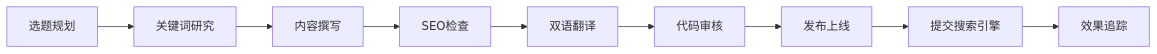
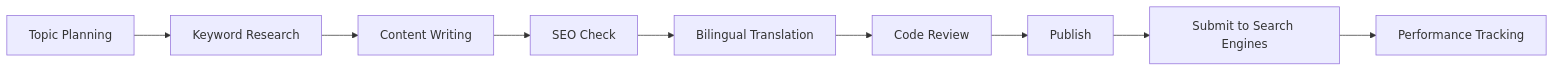
Before and after one commit to liqiujiong/m3u8converter: the diagram in BLOG_GUIDELINES.md, drawn with Mermaid. The commit also changed other lines of this file and 13 other files, not shown here.

````diff
--- a/BLOG_GUIDELINES.md
+++ b/BLOG_GUIDELINES.md
@@ -177,11 +177,11 @@
 ```mermaid
 graph LR
-    A[选题规划] --> B[关键词研究]
-    B --> C[内容撰写]
-    C --> D[SEO检查]
-    D --> E[双语翻译]
-    E --> F[代码审核]
-    F --> G[发布上线]
-    G --> H[提交搜索引擎]
-    H --> I[效果追踪]
+    A[Topic Planning] --> B[Keyword Research]
+    B --> C[Content Writing]
+    C --> D[SEO Check]
+    D --> E[Bilingual Translation]
+    E --> F[Code Review]
+    F --> G[Publish]
+    G --> H[Submit to Search Engines]
+    H --> I[Performance Tracking]
 ```
````
